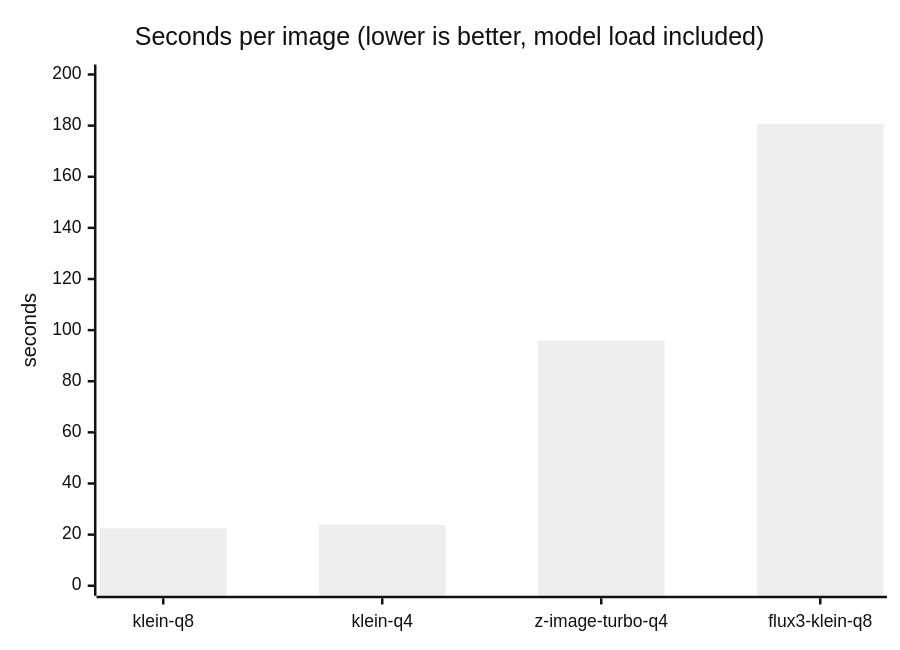
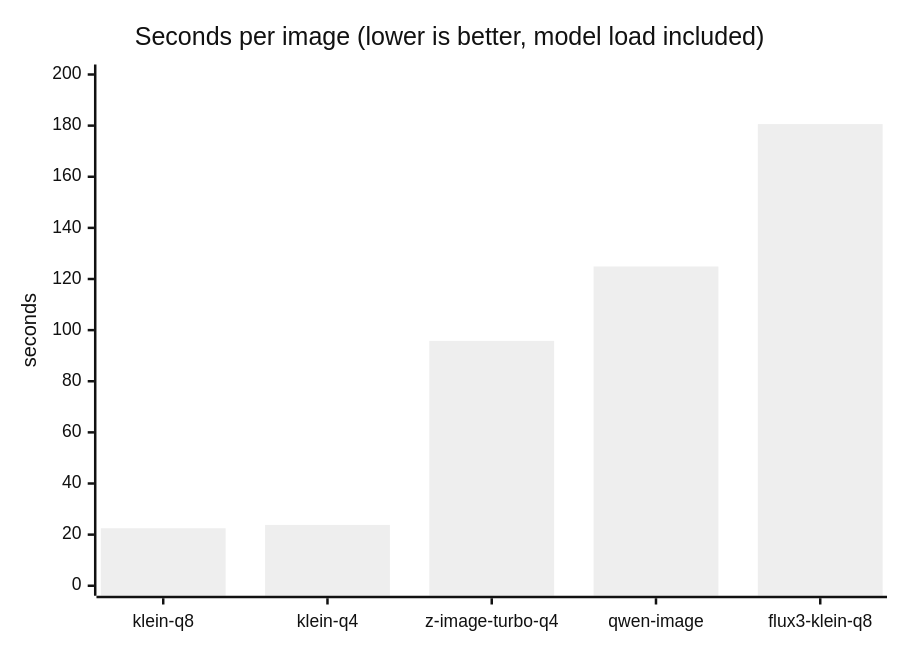
One commit to mahirfatih/local-generation-benchmark-m1-max changed the third of 4 diagrams in README.md. Above: the diagram before and after it, drawn with Mermaid (neutral theme). The commit also changed other lines of this file and 23 other files, not shown here.

First line of the commit message:
feat: measure qwen-image-4bit at 1024x1024

````diff
--- a/README.md
+++ b/README.md
@@ -219,7 +229,7 @@
 ```mermaid
 xychart-beta
     title "Seconds per image (lower is better, model load included)"
-    x-axis ["klein-q8", "klein-q4", "z-image-turbo-q4", "flux3-klein-q8"]
+    x-axis ["klein-q8", "klein-q4", "z-image-turbo-q4", "qwen-image", "flux3-klein-q8"]
     y-axis "seconds" 0 --> 200
-    bar [22.5, 23.8, 95.8, 180.6]
+    bar [22.5, 23.8, 95.8, 124.9, 180.6]
 ```
````
